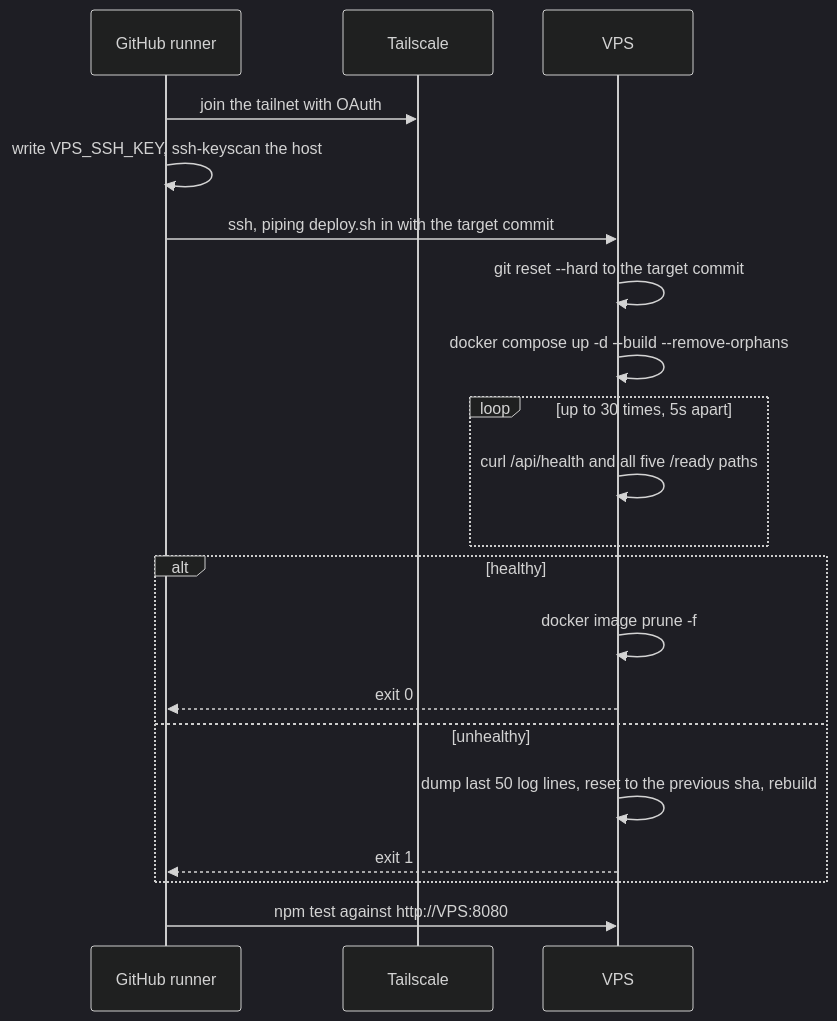
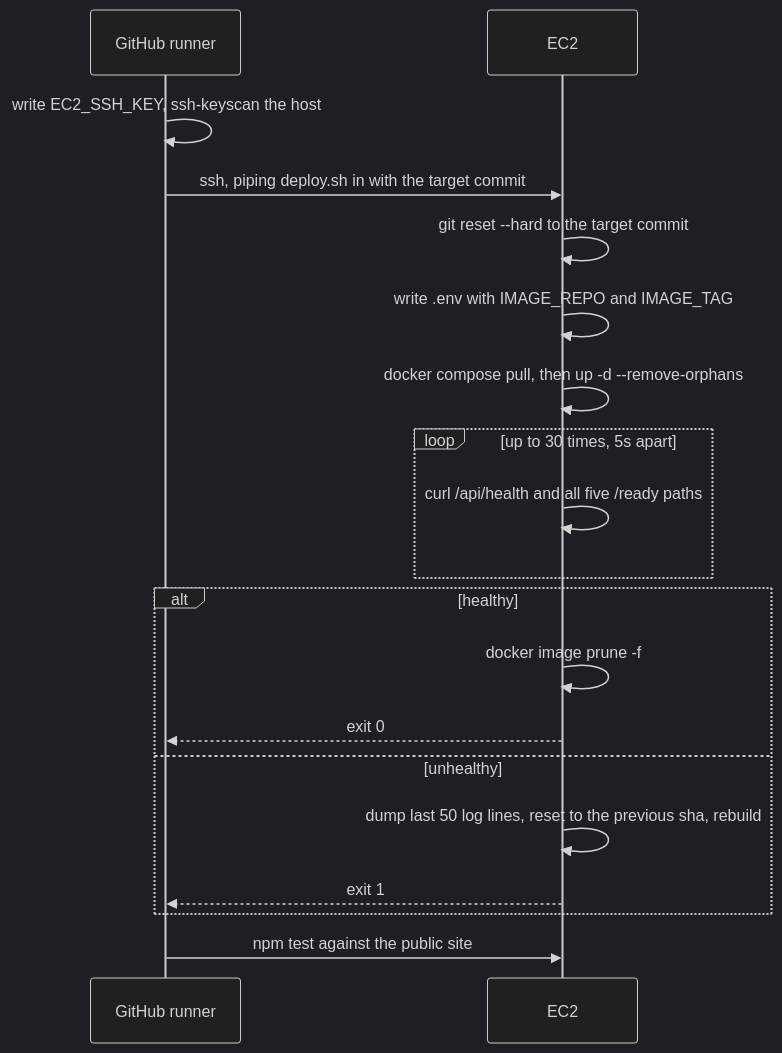
Before and after one commit to prawesh-12/quiz-platform: the second of 2 diagrams in docs/12_deployment.md, drawn with Mermaid (dark theme). The commit also changed other lines of this file and 11 other files, not shown here.

Commit message:
ci: build images in GitHub Actions and pull them on the server instead of building there

````diff
--- a/docs/12_deployment.md
+++ b/docs/12_deployment.md
@@ -72,23 +74,22 @@
 ```mermaid
 sequenceDiagram
     participant GH as GitHub runner
-    participant TS as Tailscale
-    participant V as VPS
+    participant V as EC2
 
-    GH->>TS: join the tailnet with OAuth
-    GH->>GH: write VPS_SSH_KEY, ssh-keyscan the host
+    GH->>GH: write EC2_SSH_KEY, ssh-keyscan the host
     GH->>V: ssh, piping deploy.sh in with the target commit
     V->>V: git reset --hard to the target commit
-    V->>V: docker compose up -d --build --remove-orphans
+    V->>V: write .env with IMAGE_REPO and IMAGE_TAG
+    V->>V: docker compose pull, then up -d --remove-orphans
     loop up to 30 times, 5s apart
         V->>V: curl /api/health and all five /ready paths
     end
     alt healthy
         V->>V: docker image prune -f
         V-->>GH: exit 0
     else unhealthy
         V->>V: dump last 50 log lines, reset to the previous sha, rebuild
         V-->>GH: exit 1
     end
-    GH->>V: npm test against http://VPS:8080
+    GH->>V: npm test against the public site
 ```
````
